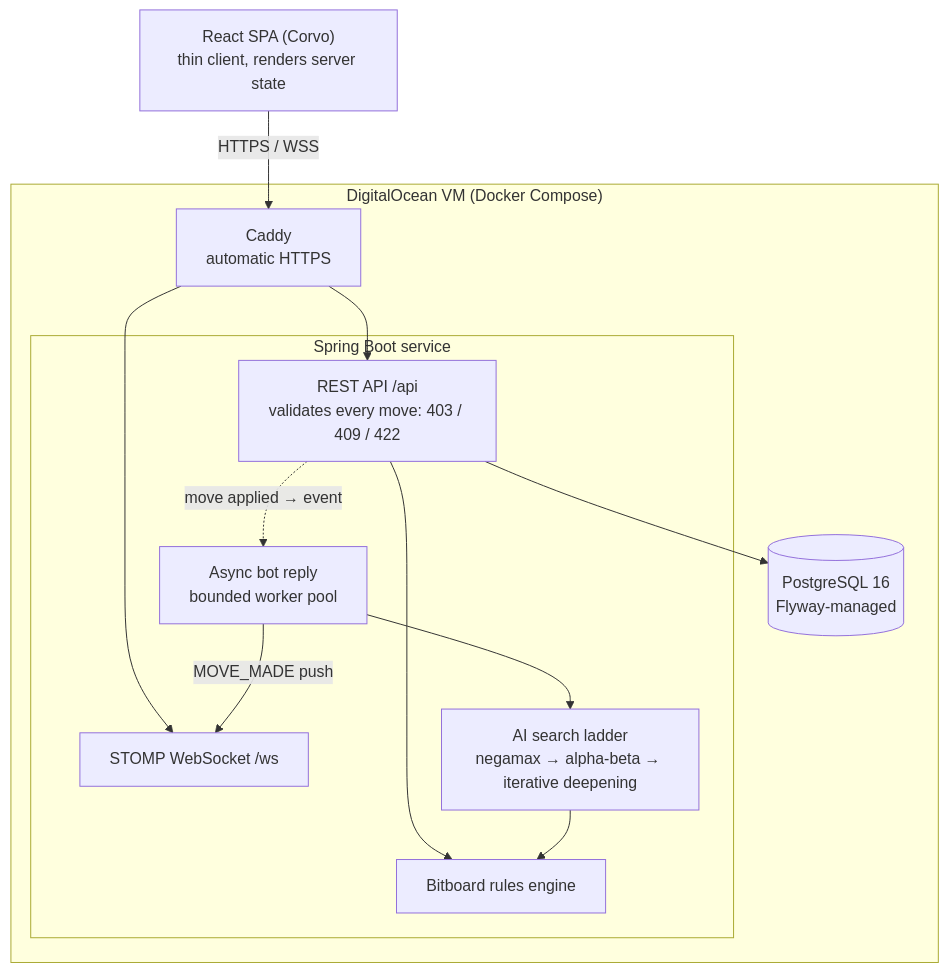
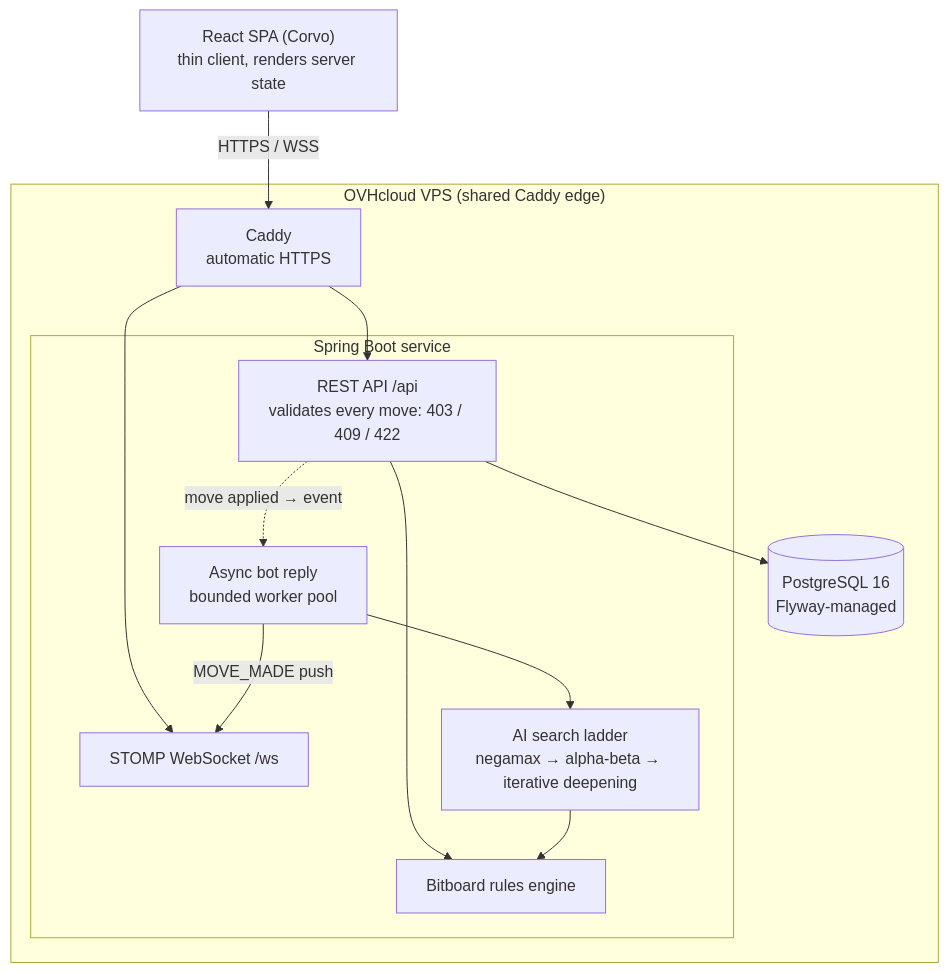
The diagram in README.md (K-Planky/corvo), drawn with Mermaid before and after one commit. The commit also changed other lines of this file and 2 other files, not shown here.

Commit message:
Serve the app at corvo.kplanky.dev
The README, its banner, and the profile page were already built around
Corvo as the product name and already published corvo.kplanky.dev. Match
the deployment to that rather than rewriting the brand out of the docs.

Internal names stay othello (compose alias, database, /srv/apps/othello);
only the public hostname changes.

Also corrects README and runbook: the host is an OVHcloud VPS behind a
shared Caddy edge, not a DigitalOcean VM with its own proxy, and the GHCR
package is public so the VM holds no registry credential.

````diff
--- a/README.md
+++ b/README.md
@@ -68,26 +68,26 @@
 ```mermaid
 flowchart TB
     UI["React SPA (Corvo)<br/>thin client, renders server state"]
 
-    subgraph vm["DigitalOcean VM (Docker Compose)"]
+    subgraph vm["OVHcloud VPS (shared Caddy edge)"]
       Caddy["Caddy<br/>automatic HTTPS"]
       subgraph app["Spring Boot service"]
         REST["REST API /api<br/>validates every move: 403 / 409 / 422"]
         WS["STOMP WebSocket /ws"]
         Engine["Bitboard rules engine"]
         Search["AI search ladder<br/>negamax → alpha-beta → iterative deepening"]
         Async["Async bot reply<br/>bounded worker pool"]
       end
       DB[("PostgreSQL 16<br/>Flyway-managed")]
     end
 
     UI -->|HTTPS / WSS| Caddy
     Caddy --> REST
     Caddy --> WS
     REST --> Engine
     REST --> DB
     REST -.->|move applied → event| Async
     Async --> Search
     Search --> Engine
     Async -->|MOVE_MADE push| WS
 ```
````
